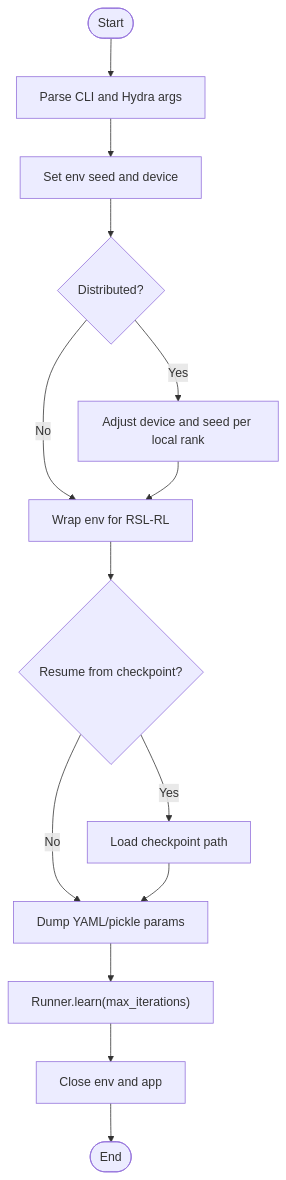
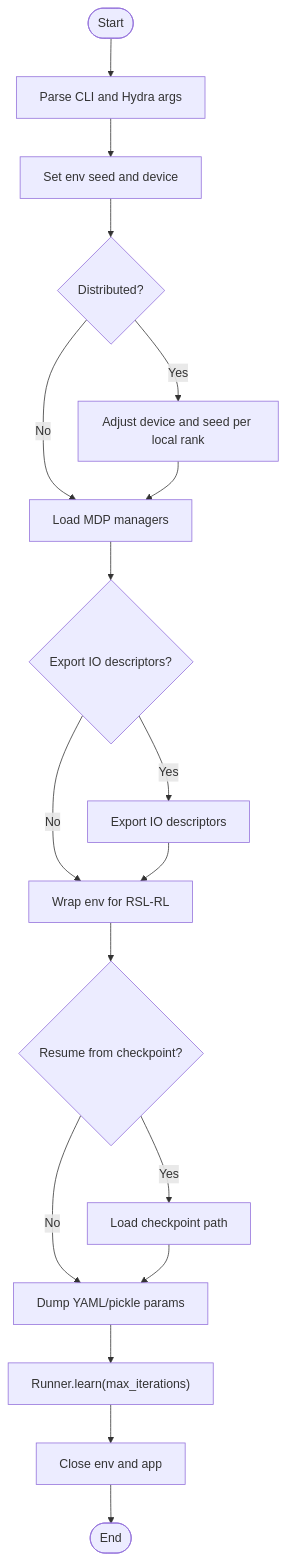
Before and after one commit to jayjayhust/extreme-quadruped-parkour: the third of 10 diagrams in .qoder/repowiki/en/content/Training and Experimentation/Training and Experimentation.md, drawn with Mermaid. The commit also changed other lines of this file and 444 other files, not shown here.

````diff
--- a/.qoder/repowiki/en/content/Training and Experimentation/Training and Experimentation.md
+++ b/.qoder/repowiki/en/content/Training and Experimentation/Training and Experimentation.md
@@ -102,16 +126,20 @@
 ```mermaid
 flowchart TD
 Start(["Start"]) --> Parse["Parse CLI and Hydra args"]
 Parse --> Seed["Set env seed and device"]
 Seed --> Dist{"Distributed?"}
 Dist --> |Yes| Rank["Adjust device and seed per local rank"]
-Dist --> |No| Wrap["Wrap env for RSL-RL"]
-Rank --> Wrap
+Dist --> |No| LoadMgrs["Load MDP managers"]
+Rank --> LoadMgrs
+LoadMgrs --> IO{"Export IO descriptors?"}
+IO --> |Yes| Export["Export IO descriptors"]
+IO --> |No| Wrap["Wrap env for RSL-RL"]
+Export --> Wrap
 Wrap --> Resume{"Resume from checkpoint?"}
 Resume --> |Yes| Load["Load checkpoint path"]
 Resume --> |No| Dump["Dump YAML/pickle params"]
 Load --> Dump
 Dump --> Learn["Runner.learn(max_iterations)"]
 Learn --> Close["Close env and app"]
 Close --> End(["End"])
 ```
````
